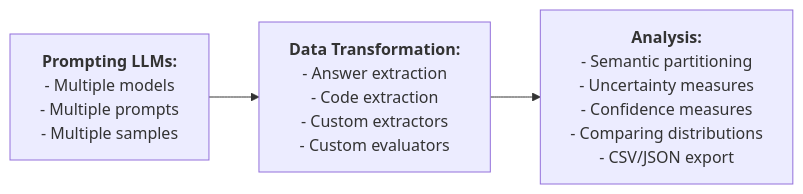
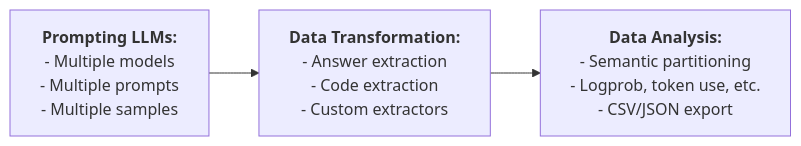
The diagram in README.md (msv-lab/llm-play), drawn with Mermaid before and after one commit. The commit also changed other lines of this file and 1 other file, not shown here.

````diff
--- a/README.md
+++ b/README.md
@@ -5,18 +5,14 @@
 ```mermaid
 flowchart LR
     A["`**Prompting LLMs:**
     - Multiple models
     - Multiple prompts
     - Multiple samples`"] --> B["`**Data Transformation:**
     - Answer extraction
     - Code extraction
-    - Custom extractors
-    - Custom evaluators`"]
-    B --> C["`**Analysis:**
+    - Custom extractors`"]
+    B --> C["`**Data Analysis:**
     - Semantic partitioning
-    - Uncertainty measures
-    - Confidence measures
-    - Comparing distributions
-    - CSV/JSON export
-    `"]
+    - Logprob, token use, etc.
+    - CSV/JSON export`"]
 ```
````
